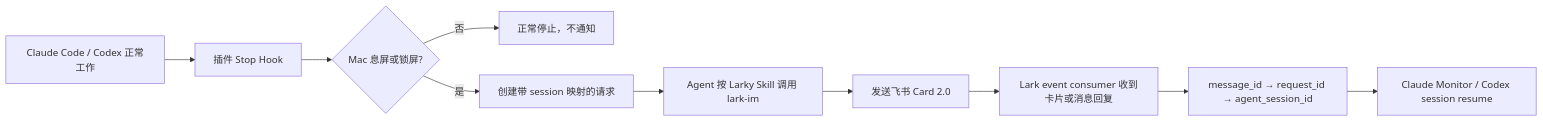
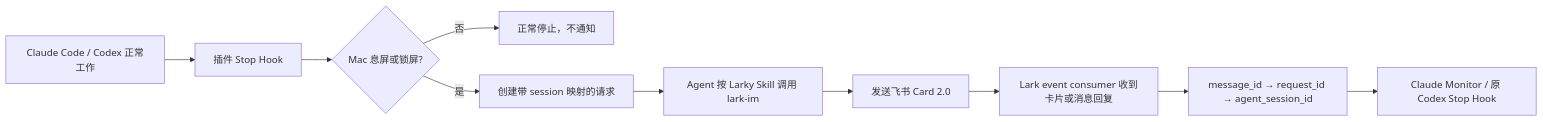
The diagram in README.md (jtsang4/larky), drawn with Mermaid before and after one commit. The commit also changed other lines of this file and 20 other files, not shown here.

````diff
--- a/README.md
+++ b/README.md
@@ -80,12 +80,12 @@
 ```mermaid
 flowchart LR
   A["Claude Code / Codex 正常工作"] --> B["插件 Stop Hook"]
   B --> C{"Mac 息屏或锁屏?"}
   C -- "否" --> D["正常停止，不通知"]
   C -- "是" --> E["创建带 session 映射的请求"]
   E --> F["Agent 按 Larky Skill 调用 lark-im"]
   F --> G["发送飞书 Card 2.0"]
   G --> H["Lark event consumer 收到卡片或消息回复"]
   H --> I["message_id → request_id → agent_session_id"]
-  I --> J["Claude Monitor / Codex session resume"]
+  I --> J["Claude Monitor / 原 Codex Stop Hook"]
 ```
````
